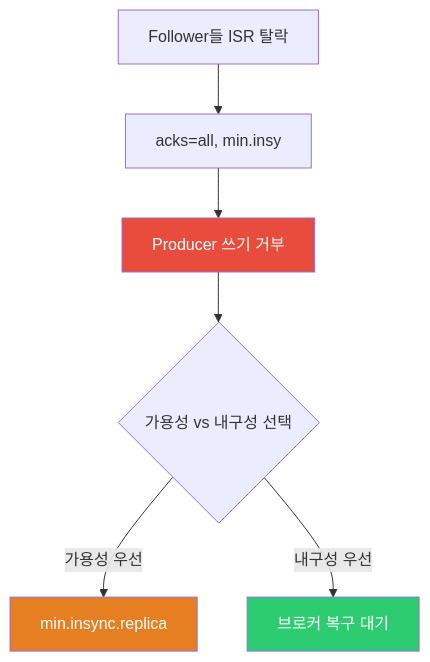
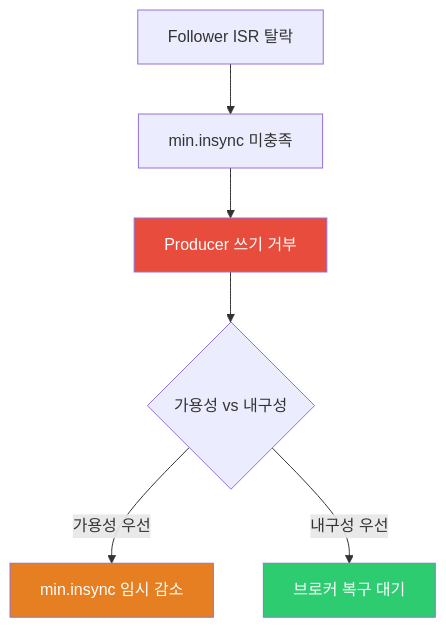
One commit to yjkim2015/yjkim2015.github.io changed the eighth of 8 diagrams in _posts/kafka/2026-05-01-kafka-replication.md. Above: the diagram before and after it, drawn with Mermaid. The commit also changed other lines of this file and 155 other files, not shown here.

First line of the commit message:
Mermaid 전면 수정: subgraph 제거, participant/노드/줄수 축소 (342블록)

````diff
--- a/_posts/kafka/2026-05-01-kafka-replication.md
+++ b/_posts/kafka/2026-05-01-kafka-replication.md
@@ -355,15 +338,15 @@
 ```mermaid
 flowchart TD
-    A["Follower들 ISR 탈락"]
-    B["acks=all, min.insy"]
+    A["Follower ISR 탈락"]
+    B["min.insync 미충족"]
     C["Producer 쓰기 거부"]
-    D{"가용성 vs 내구성 선택"}
-    E["min.insync.replica"]
+    D{"가용성 vs 내구성"}
+    E["min.insync 임시 감소"]
     F["브로커 복구 대기"]
     A --> B --> C --> D
     D -->|"가용성 우선"| E
     D -->|"내구성 우선"| F
     style C fill:#e74c3c,color:#fff
     style E fill:#e67e22,color:#fff
     style F fill:#2ecc71,color:#fff
 ```
````
